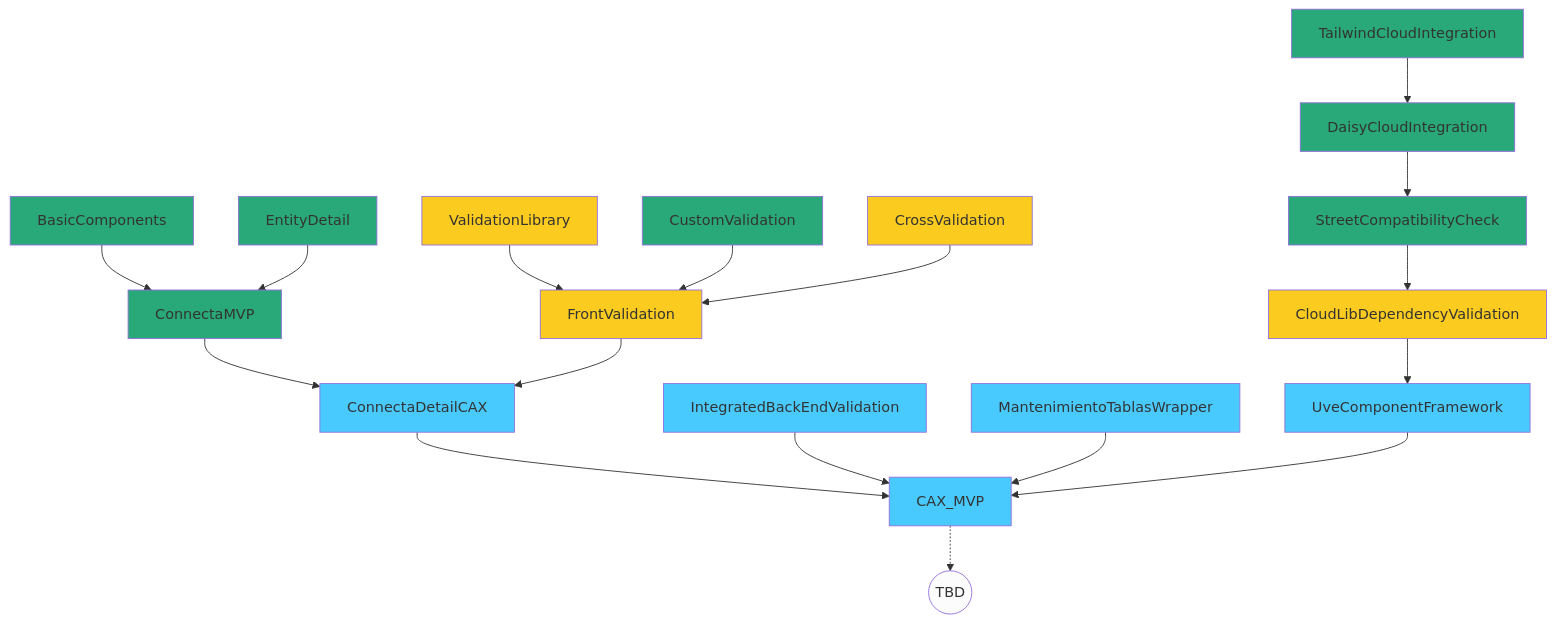
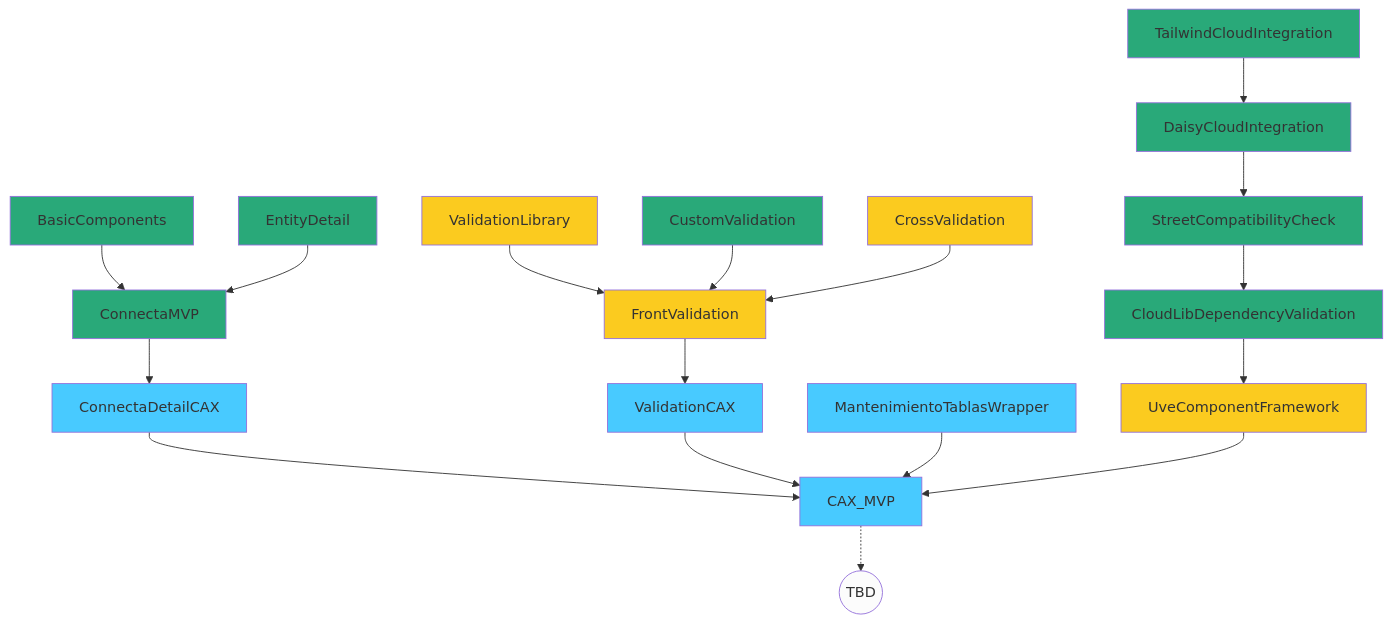
Before and after one commit to 00spoiler00/documentation: the diagram in content/projects/cloud-roadmap.md, drawn with Mermaid.

Commit message:
Update status

````diff
--- a/content/projects/cloud-roadmap.md
+++ b/content/projects/cloud-roadmap.md
@@ -5,31 +5,29 @@
 ```mermaid
 
 flowchart TD
 
     classDef primary fill:#48caff
     classDef secondary fill:#29a979
     classDef accent fill:#fbcb1f
     classDef neutral fill:#0b0517
     classDef base100 fill:#fcfcfc
     classDef info fill:#00e0ff
     classDef success fill:#00d181
     classDef warning fill:#d18100
     classDef error fill:#d10000
 
     BasicComponents:::secondary --> ConnectaMVP
     EntityDetail:::secondary --> ConnectaMVP
     ConnectaMVP:::secondary  --> ConnectaDetailCAX:::primary --> CAX_MVP
 
     ValidationLibrary:::accent --> FrontValidation
     CustomValidation:::secondary --> FrontValidation
     CrossValidation:::accent --> FrontValidation
-    FrontValidation:::accent --> ConnectaDetailCAX
+    FrontValidation:::accent --> ValidationCAX:::primary --> CAX_MVP
 
-    IntegratedBackEndValidation:::primary --> CAX_MVP
-
-    TailwindCloudIntegration:::secondary --> DaisyCloudIntegration:::secondary --> StreetCompatibilityCheck:::secondary --> CloudLibDependencyValidation:::accent --> UveComponentFramework
+    TailwindCloudIntegration:::secondary --> DaisyCloudIntegration:::secondary --> StreetCompatibilityCheck:::secondary --> CloudLibDependencyValidation:::secondary --> UveComponentFramework:::accent
 
     MantenimientoTablasWrapper:::primary --> CAX_MVP
 
-    UveComponentFramework:::primary --> CAX_MVP:::primary -.-> TBD((TBD)):::base100
+    UveComponentFramework --> CAX_MVP:::primary -.-> TBD((TBD)):::base100
 ```
````
